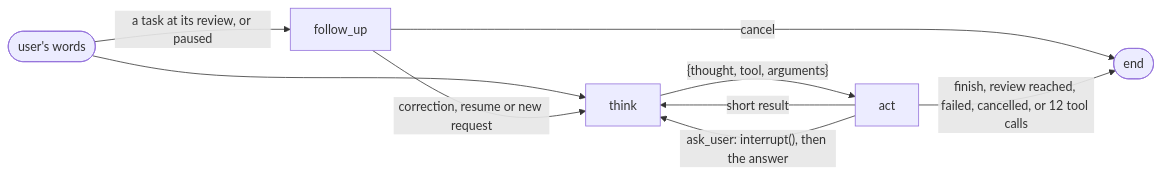
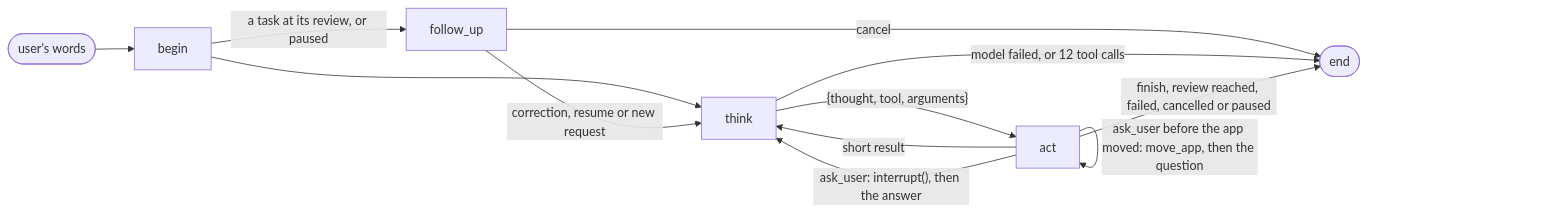
Before and after one commit to Hooman1996/RagBot-Assistant: the diagram in docs/bridge/react-agent.md, drawn with Mermaid. The commit also changed other lines of this file and 7 other files, not shown here.

First line of the commit message:
[RA-3] ReAct act tools with code guards, to the review (#169) (#178)

````diff
--- a/docs/bridge/react-agent.md
+++ b/docs/bridge/react-agent.md
@@ -16,11 +28,14 @@
 ```mermaid
 flowchart LR
-    start([user's words]) -->|"a task at its review, or paused"| follow_up
-    start --> think
+    start([user's words]) --> begin
+    begin -->|"a task at its review, or paused"| follow_up
+    begin --> think
     follow_up -->|correction, resume or new request| think
     follow_up -->|cancel| stop([end])
     think -->|"{thought, tool, arguments}"| act
+    think -->|model failed, or 12 tool calls| stop
     act -->|short result| think
+    act -->|"ask_user before the app moved: move_app, then the question"| act
     act -->|"ask_user: interrupt(), then the answer"| think
-    act -->|finish, review reached, failed, cancelled, or 12 tool calls| stop
+    act -->|finish, review reached, failed, cancelled or paused| stop
 ```
````
